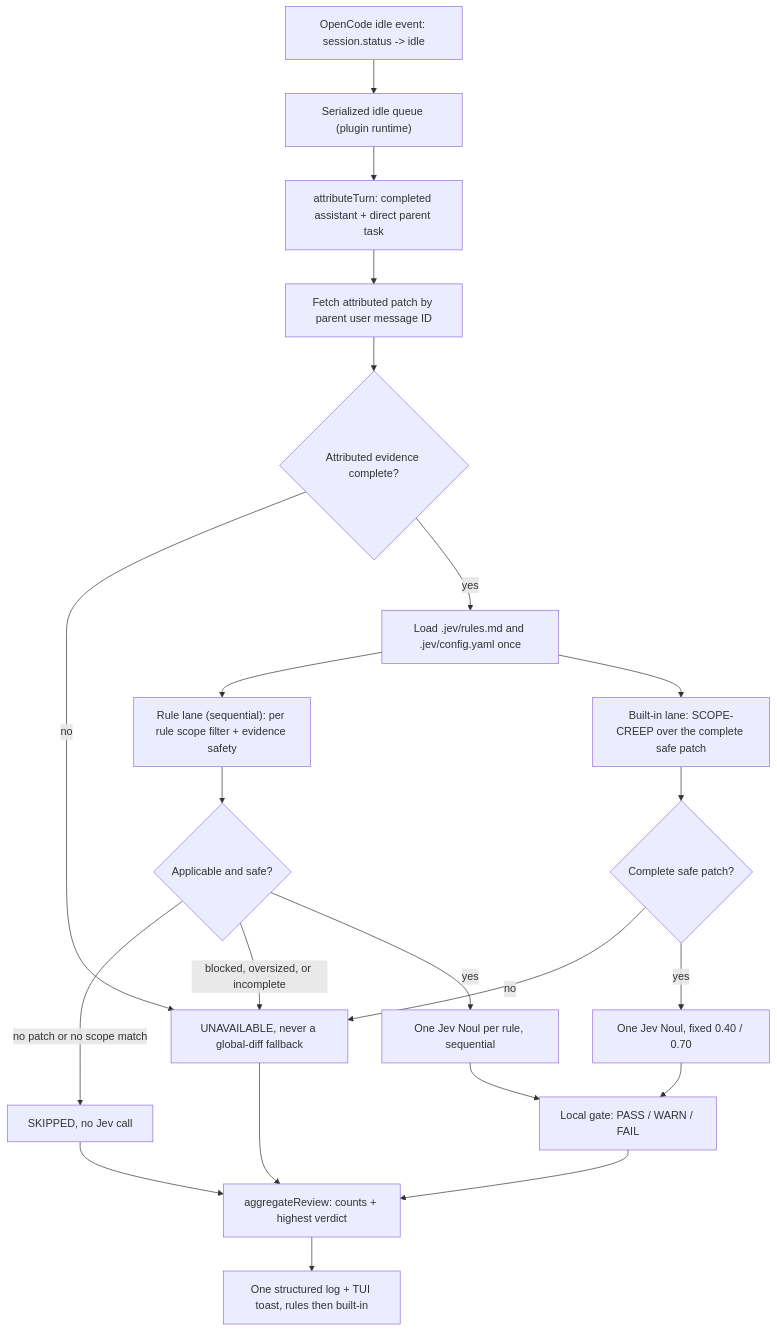
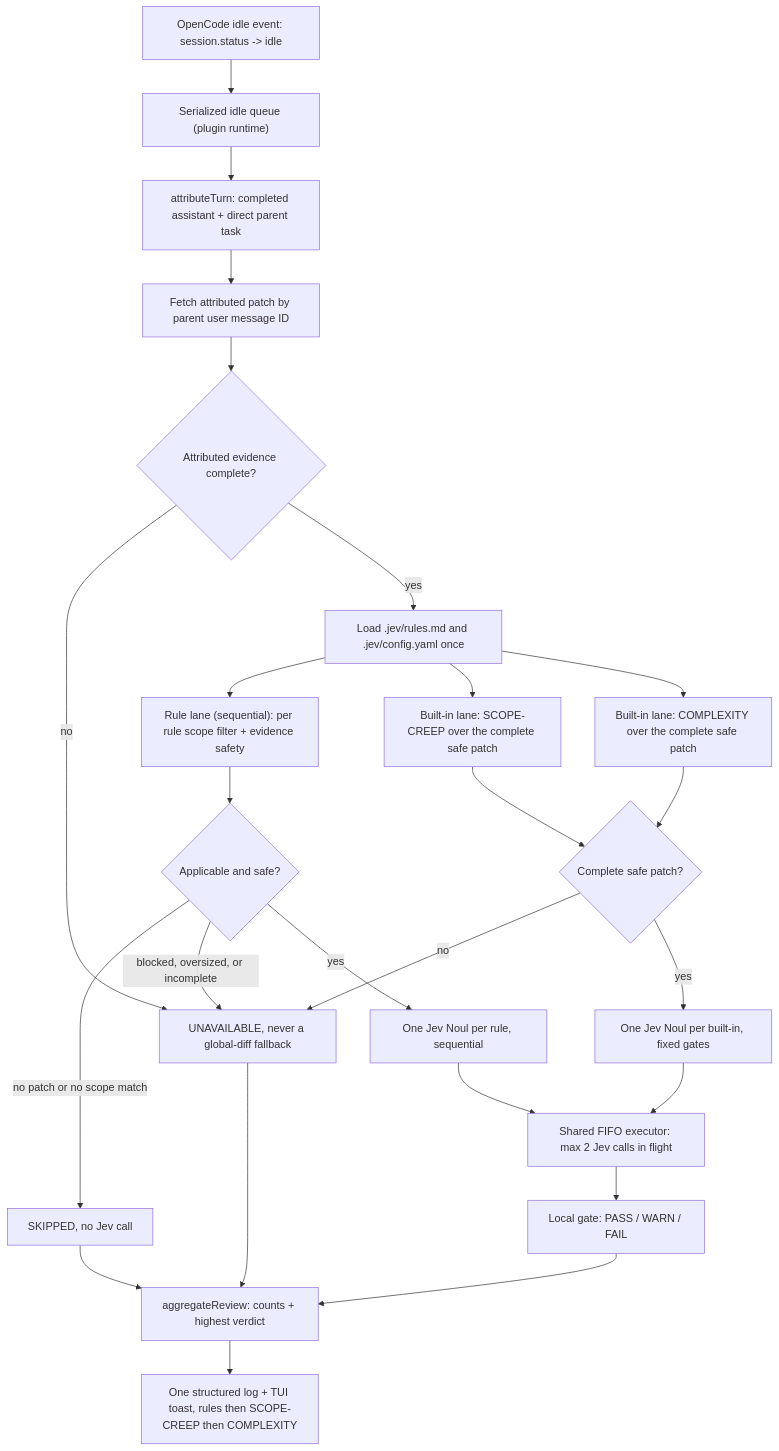
Before and after one commit to pablozr/JevGuard: the diagram in CONTRIBUTING.md, drawn with Mermaid. The commit also changed other lines of this file and 17 other files, not shown here.

Commit message:
feat(core): add Complexity built-in

````diff
--- a/CONTRIBUTING.md
+++ b/CONTRIBUTING.md
@@ -95,24 +102,27 @@
 ```mermaid
 flowchart TD
     A["OpenCode idle event: session.status -> idle"] --> B["Serialized idle queue (plugin runtime)"]
     B --> C["attributeTurn: completed assistant + direct parent task"]
     C --> D["Fetch attributed patch by parent user message ID"]
     D --> E{"Attributed evidence complete?"}
     E -->|no| X["UNAVAILABLE, never a global-diff fallback"]
     E -->|yes| F["Load .jev/rules.md and .jev/config.yaml once"]
     F --> G["Rule lane (sequential): per rule scope filter + evidence safety"]
     F --> N["Built-in lane: SCOPE-CREEP over the complete safe patch"]
+    F --> P["Built-in lane: COMPLEXITY over the complete safe patch"]
     G --> H{"Applicable and safe?"}
     H -->|no patch or no scope match| S["SKIPPED, no Jev call"]
     H -->|blocked, oversized, or incomplete| X
     H -->|yes| I["One Jev Noul per rule, sequential"]
     N --> O{"Complete safe patch?"}
+    P --> O
     O -->|no| X
-    O -->|yes| Q["One Jev Noul, fixed 0.40 / 0.70"]
-    I --> J["Local gate: PASS / WARN / FAIL"]
-    Q --> J
+    O -->|yes| Q["One Jev Noul per built-in, fixed gates"]
+    I --> R["Shared FIFO executor: max 2 Jev calls in flight"]
+    Q --> R
+    R --> J["Local gate: PASS / WARN / FAIL"]
     J --> K["aggregateReview: counts + highest verdict"]
     S --> K
     X --> K
-    K --> L["One structured log + TUI toast, rules then built-in"]
+    K --> L["One structured log + TUI toast, rules then SCOPE-CREEP then COMPLEXITY"]
 ```
````
